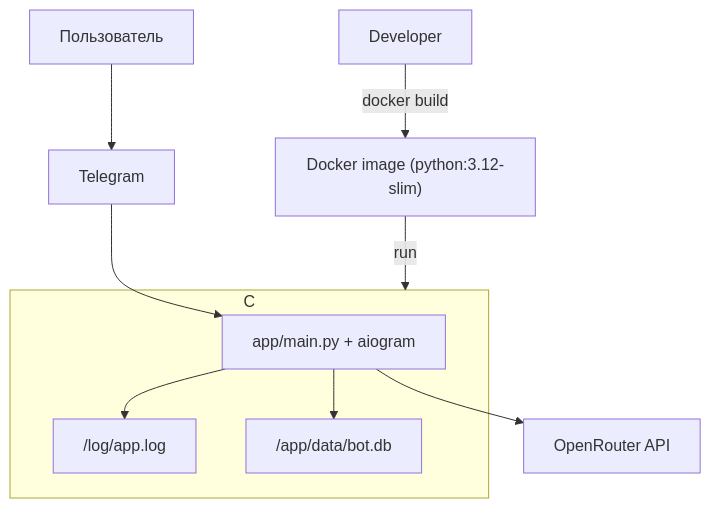
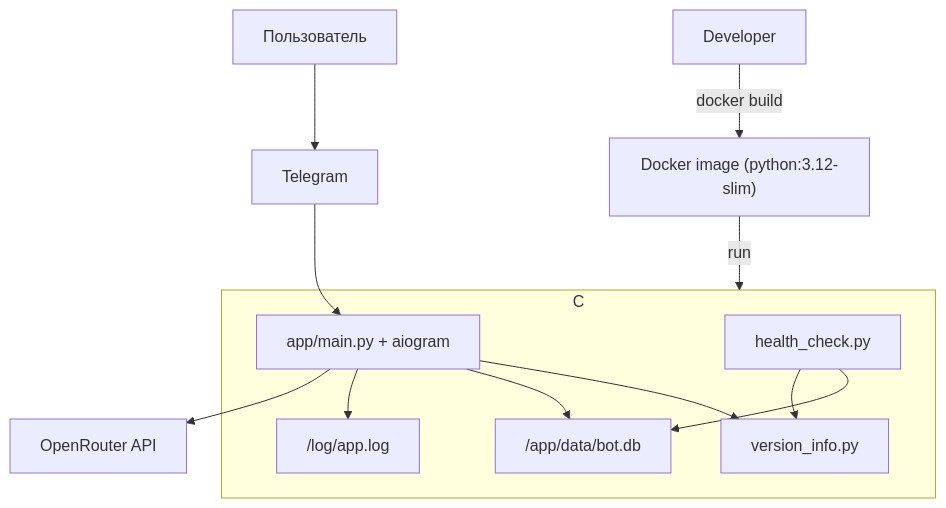
Before and after one commit to mihail-gribov/easy-lessons-bot: the fourth of 4 diagrams in doc/vision.md, drawn with Mermaid. The commit also changed other lines of this file and 17 other files, not shown here.

````diff
--- a/doc/vision.md
+++ b/doc/vision.md
@@ -335,15 +354,20 @@
 ```mermaid
 graph TD
   Dev["Developer"] -->|docker build| Img["Docker image (python:3.12-slim)"]
   Img -->|run| C["Container: easy-lessons-bot"]
   subgraph C
     App["app/main.py + aiogram"]
     Log["/log/app.log"]
     DB["/app/data/bot.db"]
+    HC["health_check.py"]
+    VI["version_info.py"]
   end
   User["Пользователь"] --> TG["Telegram"]
   TG --> App
   App --> OR["OpenRouter API"]
   App --> Log
   App --> DB
+  App --> VI
+  HC --> VI
+  HC --> DB
 ```
````
